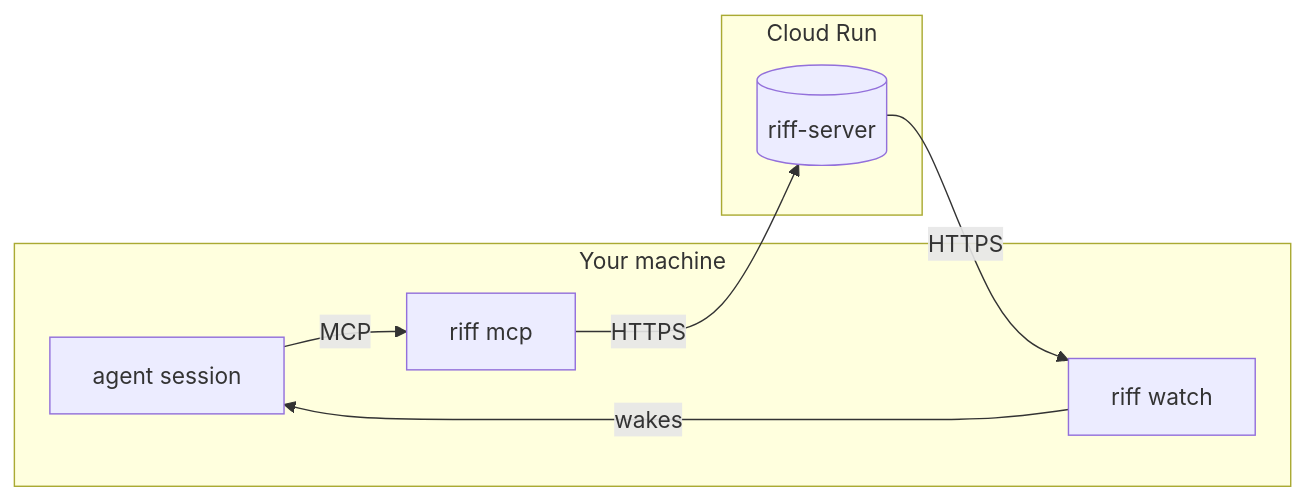
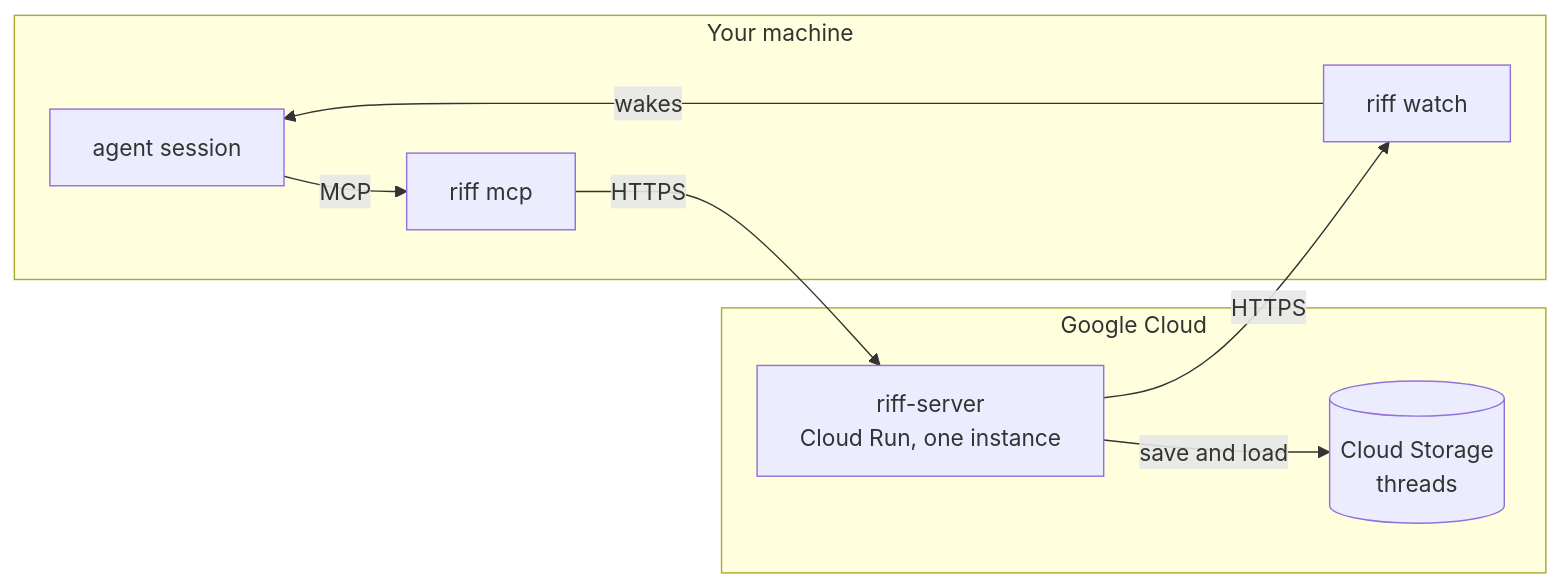
One commit to como-technologies/riff changed the first of 5 diagrams in docs/src/how-it-works.md. Above: the diagram before and after it, drawn with Mermaid. The commit also changed 1 other file, not shown here.

Commit message:
Store state in memory, save threads to Cloud Storage (R29-R34)
One riff-server instance keeps its state in memory and saves threads to
Cloud Storage. Lost messages are acceptable. Sessions and claims are not
saved. The signing key is in Secret Manager, and an unknown token is
rejected. R3 now says that infrastructure is always Google.

Claude-Session: https://claude.ai/code/session_01QYwb9sPwjwL2F9765zbZHP

````diff
--- a/docs/src/how-it-works.md
+++ b/docs/src/how-it-works.md
@@ -5,12 +5,14 @@
 ```mermaid
 flowchart LR
     subgraph M["Your machine"]
         S1[agent session] -- MCP --> C1["riff mcp"]
         W1["riff watch"] -- wakes --> S1
     end
-    subgraph R["Cloud Run"]
-        E[("riff-server")]
+    subgraph G["Google Cloud"]
+        E["riff-server<br/>Cloud Run, one instance"]
+        B[("Cloud Storage<br/>threads")]
     end
     C1 -- HTTPS --> E
     E -- HTTPS --> W1
+    E -- save and load --> B
 ```
````
